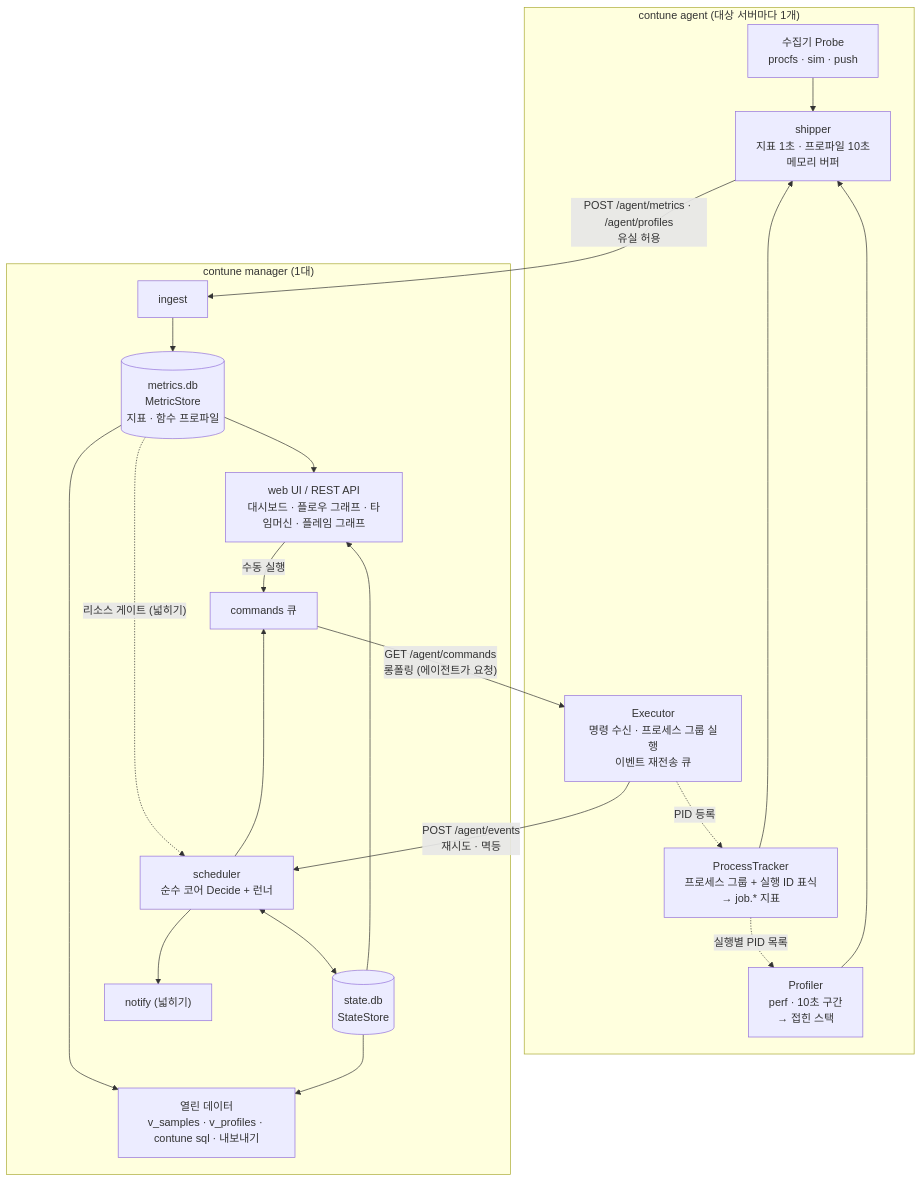
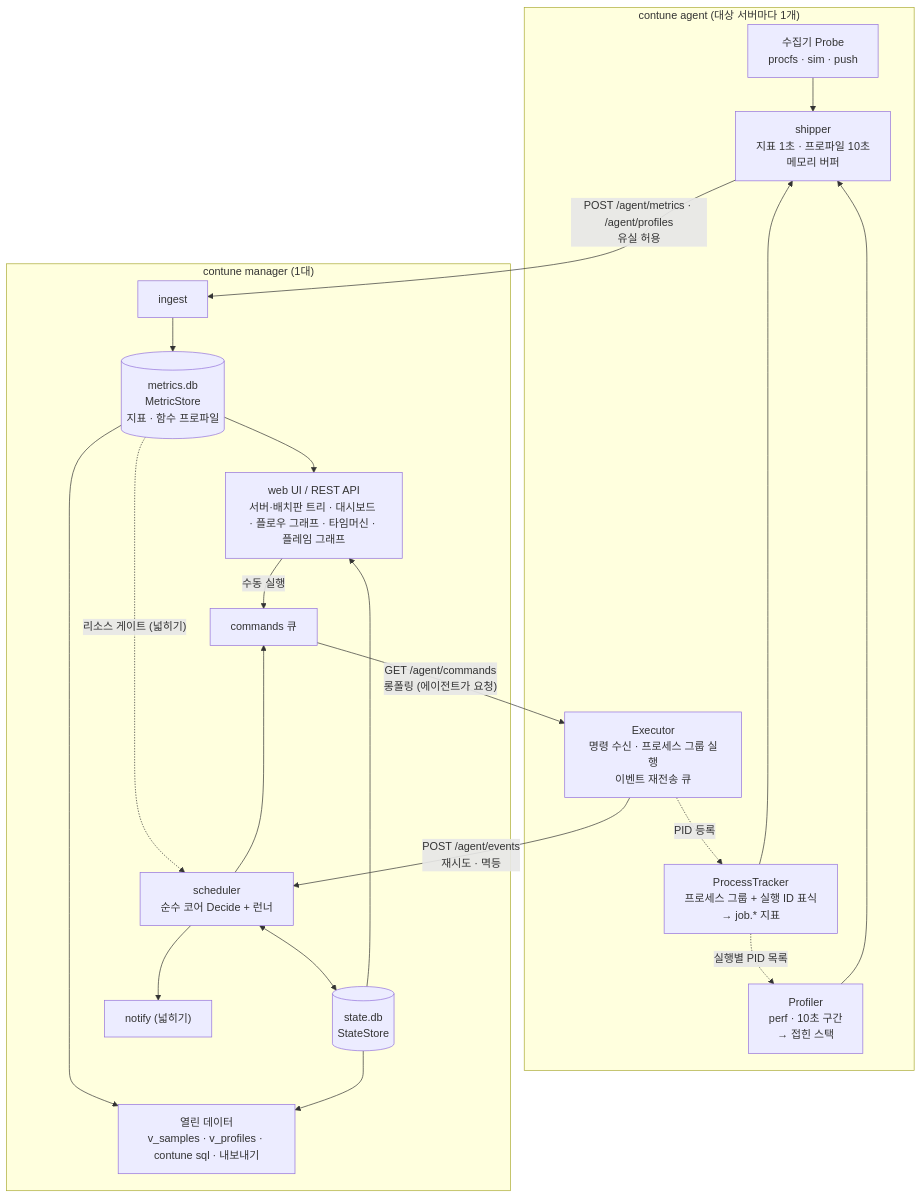
The first of 3 diagrams in docs/02-mvp-architecture.md (bulletgirls/contune), drawn with Mermaid before and after one commit. The commit also changed other lines of this file and 3 other files, not shown here.

````diff
--- a/docs/02-mvp-architecture.md
+++ b/docs/02-mvp-architecture.md
@@ -60,38 +62,38 @@
 ```mermaid
 flowchart TB
   subgraph AG["contune agent (대상 서버마다 1개)"]
     P["수집기 Probe<br/>procfs · sim · push"]
     E["Executor<br/>명령 수신 · 프로세스 그룹 실행<br/>이벤트 재전송 큐"]
     T["ProcessTracker<br/>프로세스 그룹 + 실행 ID 표식<br/>→ job.* 지표"]
     PR["Profiler<br/>perf · 10초 구간<br/>→ 접힌 스택"]
     S["shipper<br/>지표 1초 · 프로파일 10초<br/>메모리 버퍼"]
     P --> S
     T --> S
     PR --> S
     E -.->|PID 등록| T
     T -.->|실행별 PID 목록| PR
   end
   subgraph MG["contune manager (1대)"]
     I["ingest"]
     MS[("metrics.db<br/>MetricStore<br/>지표 · 함수 프로파일")]
     SS[("state.db<br/>StateStore")]
     SC["scheduler<br/>순수 코어 Decide + 런너"]
     Q["commands 큐"]
-    W["web UI / REST API<br/>대시보드 · 플로우 그래프 · 타임머신 · 플레임 그래프"]
+    W["web UI / REST API<br/>서버·배치판 트리 · 대시보드 · 플로우 그래프 · 타임머신 · 플레임 그래프"]
     D["열린 데이터<br/>v_samples · v_profiles · contune sql · 내보내기"]
     N["notify (넓히기)"]
     I --> MS
     MS --> W
     SS --> W
     MS --> D
     SS --> D
     MS -.->|"리소스 게이트 (넓히기)"| SC
     SC <--> SS
     SC --> Q
     SC --> N
     W -- "수동 실행" --> Q
   end
   S -- "POST /agent/metrics · /agent/profiles<br/>유실 허용" --> I
   E -- "POST /agent/events<br/>재시도 · 멱등" --> SC
   Q -- "GET /agent/commands<br/>롱폴링 (에이전트가 요청)" --> E
 ```
````
